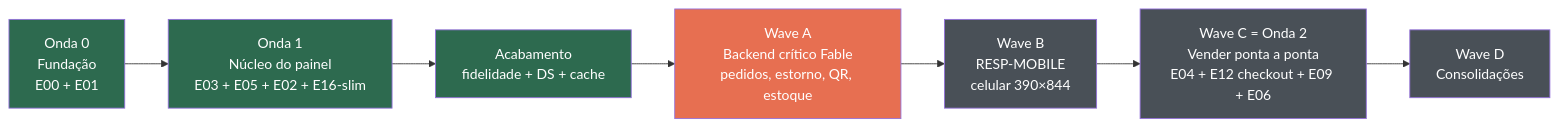
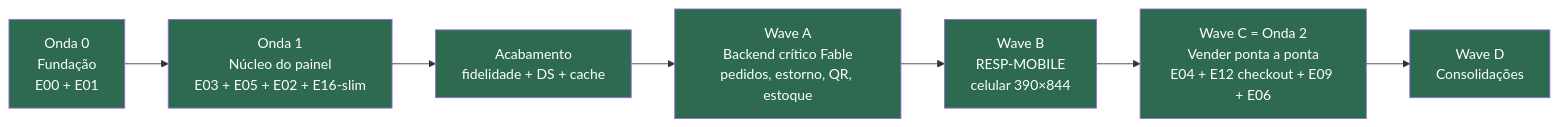
The diagram in leela-specs/EXPLICACAO-ONDE-ESTAMOS.md (inguz-studio/leela-projects), drawn with Mermaid before and after one commit. The commit also changed other lines of this file and 2 other files, not shown here.

First line of the commit message:
docs(canonicos): 🏁 ONDA 2 · VENDER CONCLUÍDA — MODELO-ROADMAP §3 ✅ por épico, EXPLICACAO atualizada (mermaid verde, próximo=Onda 3), HANDOFF de fechamento com nota dos dados demo do preview [LEELA]

````diff
--- a/leela-specs/EXPLICACAO-ONDE-ESTAMOS.md
+++ b/leela-specs/EXPLICACAO-ONDE-ESTAMOS.md
@@ -32,17 +32,17 @@
 ```mermaid
 flowchart LR
     O0["Onda 0<br/>Fundação<br/>E00 + E01"] --> O1["Onda 1<br/>Núcleo do painel<br/>E03 + E05 + E02 + E16-slim"]
     O1 --> HIG["Acabamento<br/>fidelidade + DS + cache"]
     HIG --> WA["Wave A<br/>Backend crítico Fable<br/>pedidos, estorno, QR, estoque"]
     WA --> WB["Wave B<br/>RESP-MOBILE<br/>celular 390×844"]
     WB --> WC["Wave C = Onda 2<br/>Vender ponta a ponta<br/>E04 + E12 checkout + E09 + E06"]
     WC --> WD["Wave D<br/>Consolidações"]
 
     style O0 fill:#2d6a4f,color:#fff
     style O1 fill:#2d6a4f,color:#fff
     style HIG fill:#2d6a4f,color:#fff
-    style WA fill:#e76f51,color:#fff
-    style WB fill:#495057,color:#fff
-    style WC fill:#495057,color:#fff
-    style WD fill:#495057,color:#fff
+    style WA fill:#2d6a4f,color:#fff
+    style WB fill:#2d6a4f,color:#fff
+    style WC fill:#2d6a4f,color:#fff
+    style WD fill:#2d6a4f,color:#fff
 ```
````
